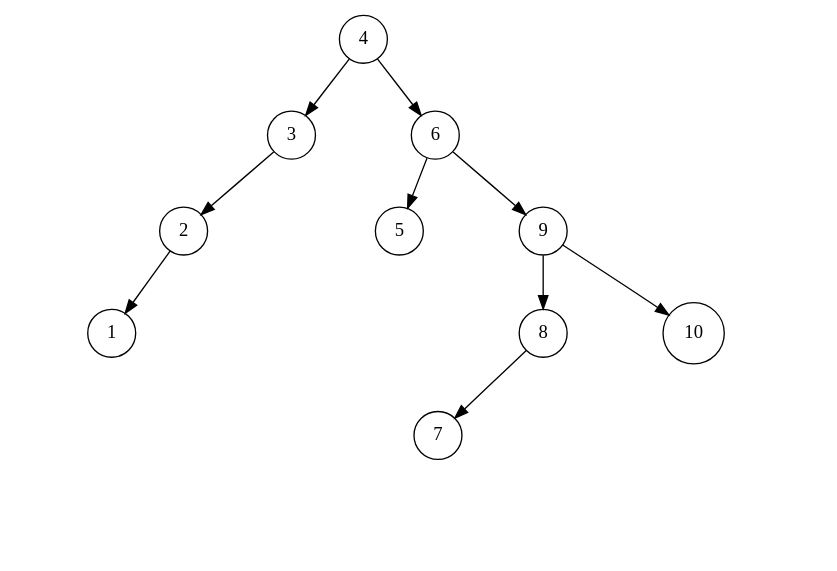
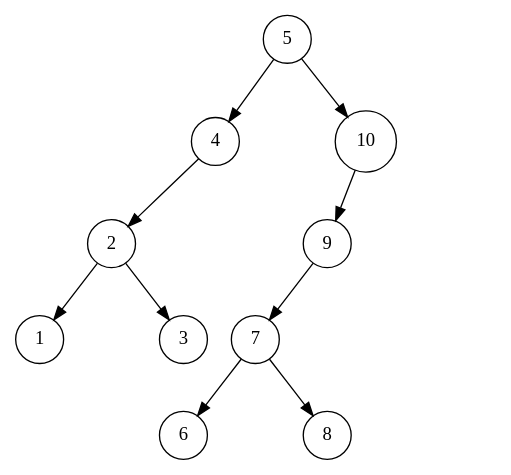
One commit to liuxinyu95/AlgoXY changed the diagram in datastruct/heap/binary-heap/img/splay-tree.dot. Above: the diagram before and after it, drawn with Graphviz. The commit also changed 2 other files, not shown here.

```diff
--- a/datastruct/heap/binary-heap/img/splay-tree.dot
+++ b/datastruct/heap/binary-heap/img/splay-tree.dot
@@ -1,74 +1,46 @@
 digraph G{
 	node[shape=circle]
-	a4[label="4", style=filled, fillcolor=white, fontcolor=black];
-	a3[label="3", style=filled, fillcolor=white, fontcolor=black];
-	a2[label="2", style=filled, fillcolor=white, fontcolor=black];
-	a1[label="1", style=filled, fillcolor=white, fontcolor=black];
-	nila1l[label="", style=invis];
-	nila1r[label="", style=invis];
-	nila1m[label="", style=invis];
-	a1->nila1l[style=invis];
-	a1->nila1m[style=invis];
-	a1->nila1r[style=invis];
-	{rank=same nila1l->nila1m->nila1r[style=invis]}
-	nila2r[label="", style=invis];
-	nila2m[label="", style=invis];
-	a2->a1
-	a2->nila2m[style=invis];
-	a2->nila2r[style=invis];
-	{rank=same a1->nila2m->nila2r[style=invis]}
-	nila3r[label="", style=invis];
-	nila3m[label="", style=invis];
-	a3->a2
-	a3->nila3m[style=invis];
-	a3->nila3r[style=invis];
-	{rank=same a2->nila3m->nila3r[style=invis]}
-	a6[label="6", style=filled, fillcolor=white, fontcolor=black];
 	a5[label="5", style=filled, fillcolor=white, fontcolor=black];
-	nila5l[label="", style=invis];
-	nila5r[label="", style=invis];
-	nila5m[label="", style=invis];
-	a5->nila5l[style=invis];
-	a5->nila5m[style=invis];
-	a5->nila5r[style=invis];
-	{rank=same nila5l->nila5m->nila5r[style=invis]}
-	a9[label="9", style=filled, fillcolor=white, fontcolor=black];
-	a8[label="8", style=filled, fillcolor=white, fontcolor=black];
-	a7[label="7", style=filled, fillcolor=white, fontcolor=black];
-	nila7l[label="", style=invis];
-	nila7r[label="", style=invis];
-	nila7m[label="", style=invis];
-	a7->nila7l[style=invis];
-	a7->nila7m[style=invis];
-	a7->nila7r[style=invis];
-	{rank=same nila7l->nila7m->nila7r[style=invis]}
-	nila8r[label="", style=invis];
-	nila8m[label="", style=invis];
-	a8->a7
-	a8->nila8m[style=invis];
-	a8->nila8r[style=invis];
-	{rank=same a7->nila8m->nila8r[style=invis]}
-	a10[label="10", style=filled, fillcolor=white, fontcolor=black];
-	nila10l[label="", style=invis];
-	nila10r[label="", style=invis];
-	nila10m[label="", style=invis];
-	a10->nila10l[style=invis];
-	a10->nila10m[style=invis];
-	a10->nila10r[style=invis];
-	{rank=same nila10l->nila10m->nila10r[style=invis]}
-	nila9m[label="", style=invis];
-	a9->a8
-	a9->nila9m[style=invis];
-	a9->a10
-	{rank=same a8->nila9m->a10[style=invis]}
-	nila6m[label="", style=invis];
-	a6->a5
-	a6->nila6m[style=invis];
-	a6->a9
-	{rank=same a5->nila6m->a9[style=invis]}
-	nila4m[label="", style=invis];
-	a4->a3
-	a4->nila4m[style=invis];
-	a4->a6
-	{rank=same a3->nila4m->a6[style=invis]}
+	al4[label="4", style=filled, fillcolor=white, fontcolor=black];
+	all2[label="2", style=filled, fillcolor=white, fontcolor=black];
+	alll1[label="1", style=filled, fillcolor=white, fontcolor=black];
+	allr3[label="3", style=filled, fillcolor=white, fontcolor=black];
+	nilallm2[label="", style=invis];
+	all2->alll1
+	all2->nilallm2[style=invis];
+	all2->allr3
+	{rank=same alll1->nilallm2->allr3[style=invis]}
+	nilalr4[label="", style=invis];
+	nilalm4[label="", style=invis];
+	al4->all2
+	al4->nilalm4[style=invis];
+	al4->nilalr4[style=invis];
+	{rank=same all2->nilalm4->nilalr4[style=invis]}
+	ar10[label="10", style=filled, fillcolor=white, fontcolor=black];
+	arl9[label="9", style=filled, fillcolor=white, fontcolor=black];
+	arll7[label="7", style=filled, fillcolor=white, fontcolor=black];
+	arlll6[label="6", style=filled, fillcolor=white, fontcolor=black];
+	arllr8[label="8", style=filled, fillcolor=white, fontcolor=black];
+	nilarllm7[label="", style=invis];
+	arll7->arlll6
+	arll7->nilarllm7[style=invis];
+	arll7->arllr8
+	{rank=same arlll6->nilarllm7->arllr8[style=invis]}
+	nilarlr9[label="", style=invis];
+	nilarlm9[label="", style=invis];
+	arl9->arll7
+	arl9->nilarlm9[style=invis];
+	arl9->nilarlr9[style=invis];
+	{rank=same arll7->nilarlm9->nilarlr9[style=invis]}
+	nilarr10[label="", style=invis];
+	nilarm10[label="", style=invis];
+	ar10->arl9
+	ar10->nilarm10[style=invis];
+	ar10->nilarr10[style=invis];
+	{rank=same arl9->nilarm10->nilarr10[style=invis]}
+	nilam5[label="", style=invis];
+	a5->al4
+	a5->nilam5[style=invis];
+	a5->ar10
+	{rank=same al4->nilam5->ar10[style=invis]}
 }
```
